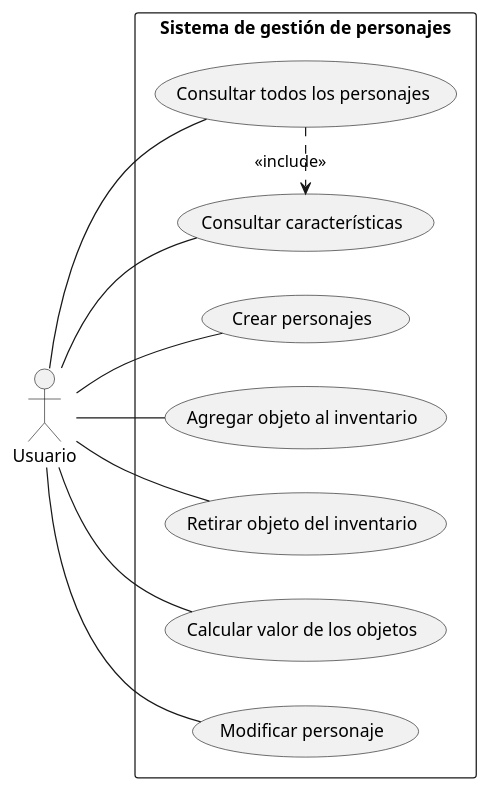
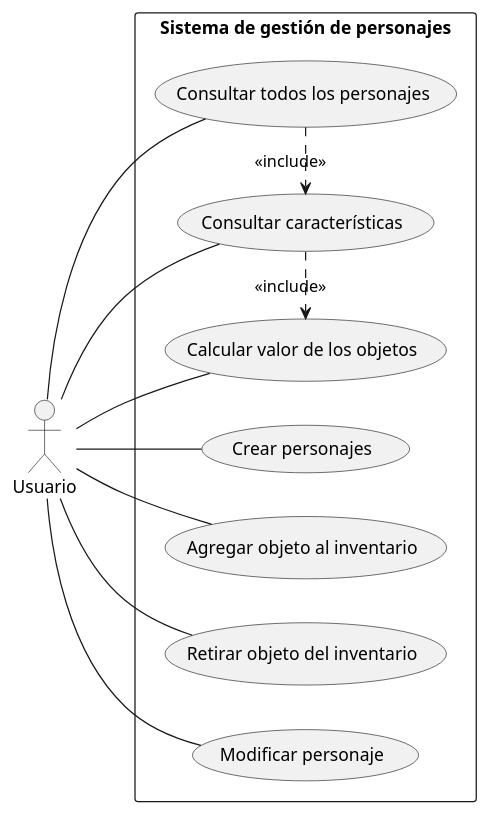
The diagram in Diagrams/Diagrama de casos de uso.puml (JoseVahosUPB/EjercicioGestorPersonajesRepo), drawn with PlantUML before and after one commit. The commit also changed 5 other files, not shown here.

```diff
--- a/Diagrams/Diagrama de casos de uso.puml
+++ b/Diagrams/Diagrama de casos de uso.puml
@@ -1,28 +1,29 @@
 @startuml
 left to right direction
 skinparam packageStyle rectangle
 
 actor "Usuario" as usuario
 
 rectangle "Sistema de gestión de personajes" {
   usecase "Crear personajes" as UC1
   usecase "Consultar características" as UC2
   usecase "Agregar objeto al inventario" as UC3
   usecase "Retirar objeto del inventario" as UC4
   usecase "Calcular valor de los objetos" as UC5
   usecase "Modificar personaje" as UC6
   usecase "Consultar todos los personajes" as UC7
 
 }
 
 usuario -- UC1
 usuario -- UC2
 usuario -- UC3
 usuario -- UC4
 usuario -- UC5
 usuario -- UC6
 usuario -- UC7
 
 UC7 .> UC2 : <<include>>
+UC2 .> UC5 : <<include>>
 
 @enduml
```
